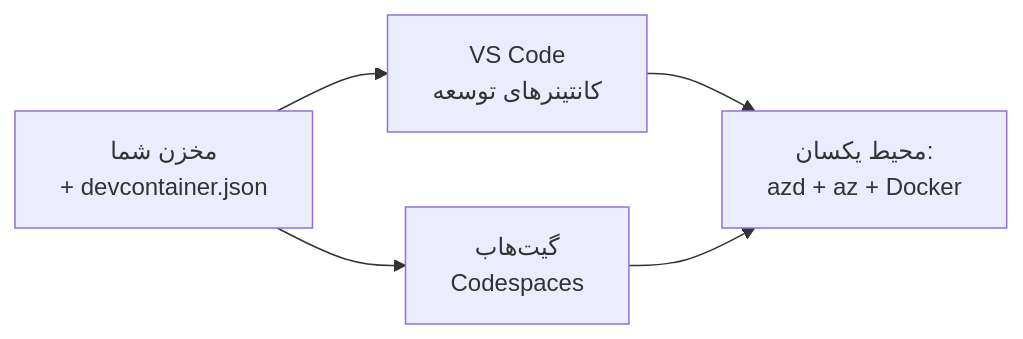
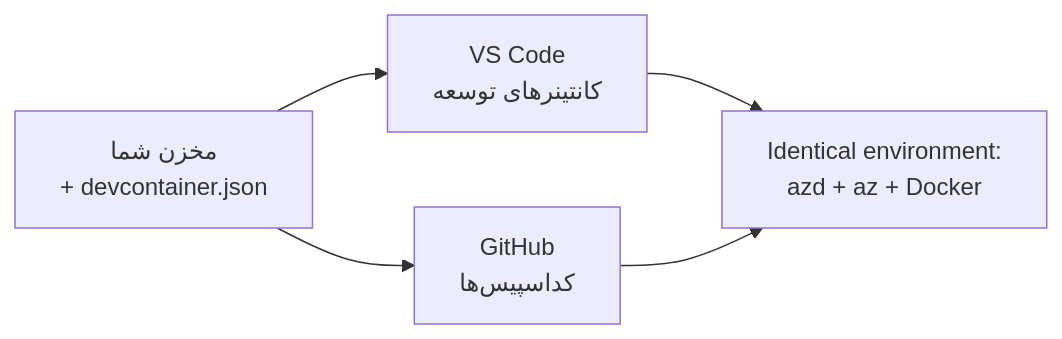
Before and after one commit to microsoft/AZD-for-beginners: the diagram in translations/fa/docs/chapter-01-foundation/dev-containers.md, drawn with Mermaid. The commit also changed other lines of this file and 3 other files, not shown here.

````diff
--- a/translations/fa/docs/chapter-01-foundation/dev-containers.md
+++ b/translations/fa/docs/chapter-01-foundation/dev-containers.md
@@ -41,7 +41,7 @@
 ```mermaid
 graph LR
     Repo[مخزن شما<br/>+ devcontainer.json] --> VSCode[VS Code<br/>کانتینرهای توسعه]
-    Repo --> Codespaces[گیت‌هاب<br/>Codespaces]
-    VSCode --> Env[محیط یکسان:<br/>azd + az + Docker]
+    Repo --> Codespaces[GitHub<br/>کداسپیس‌ها]
+    VSCode --> Env[Identical environment:<br/>azd + az + Docker]
     Codespaces --> Env
 ```
````
